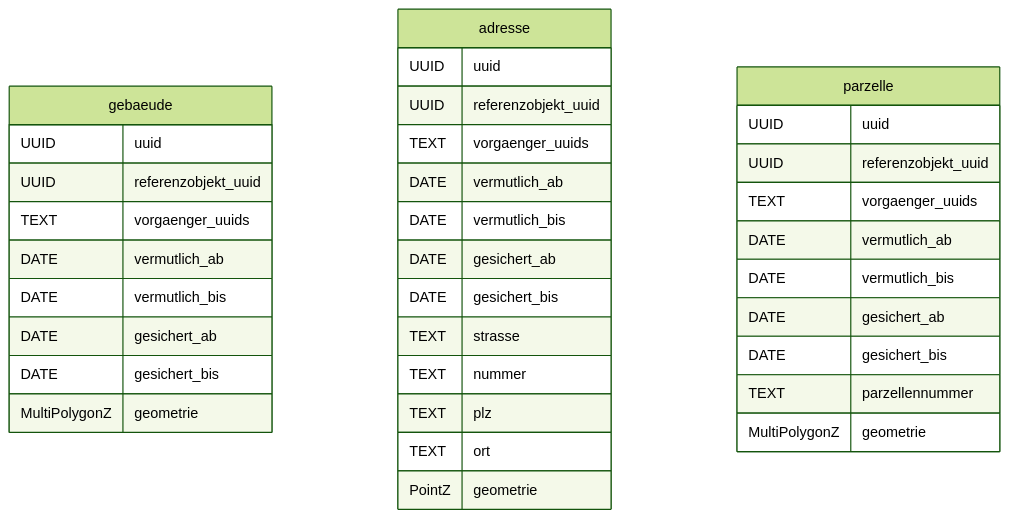
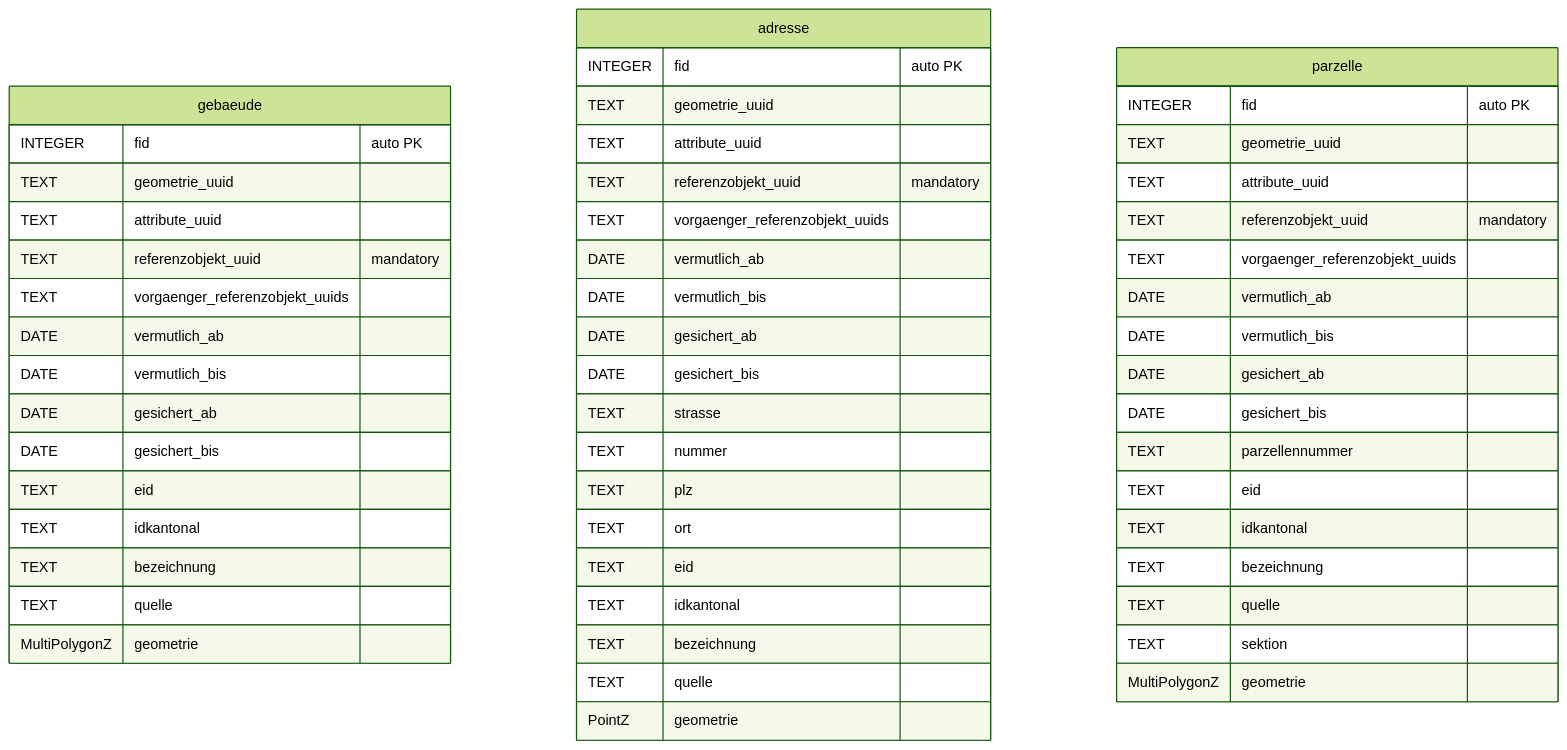
Before and after one commit to opengisch/ch.bs.urkataster: the seventh of 7 diagrams in concept/README.md, drawn with Mermaid (forest theme). The commit also changed other lines of this file and 3 other files, not shown here.

````diff
--- a/concept/README.md
+++ b/concept/README.md
@@ -346,42 +346,60 @@
 ```mermaid
 erDiagram
 
     gebaeude {
-        UUID uuid
-        UUID referenzobjekt_uuid
-        TEXT vorgaenger_uuids
+        INTEGER fid "auto PK"
+        TEXT geometrie_uuid
+        TEXT attribute_uuid
+        TEXT referenzobjekt_uuid "mandatory"
+        TEXT vorgaenger_referenzobjekt_uuids
         DATE vermutlich_ab
         DATE vermutlich_bis
         DATE gesichert_ab
         DATE gesichert_bis
+        TEXT eid
+        TEXT idkantonal
+        TEXT bezeichnung
+        TEXT quelle
         MultiPolygonZ geometrie
     }
 
     adresse {
-        UUID uuid
-        UUID referenzobjekt_uuid
-        TEXT vorgaenger_uuids
+        INTEGER fid "auto PK"
+        TEXT geometrie_uuid
+        TEXT attribute_uuid
+        TEXT referenzobjekt_uuid "mandatory"
+        TEXT vorgaenger_referenzobjekt_uuids
         DATE vermutlich_ab
         DATE vermutlich_bis
         DATE gesichert_ab
         DATE gesichert_bis
         TEXT strasse
         TEXT nummer
         TEXT plz
         TEXT ort
+        TEXT eid
+        TEXT idkantonal
+        TEXT bezeichnung
+        TEXT quelle
         PointZ geometrie
     }
 
     parzelle {
-        UUID uuid
-        UUID referenzobjekt_uuid
-        TEXT vorgaenger_uuids
+        INTEGER fid "auto PK"
+        TEXT geometrie_uuid
+        TEXT attribute_uuid
+        TEXT referenzobjekt_uuid "mandatory"
+        TEXT vorgaenger_referenzobjekt_uuids
         DATE vermutlich_ab
         DATE vermutlich_bis
         DATE gesichert_ab
         DATE gesichert_bis
         TEXT parzellennummer
+        TEXT eid
+        TEXT idkantonal
+        TEXT bezeichnung
+        TEXT quelle
+        TEXT sektion
         MultiPolygonZ geometrie
     }
-
 ```
````
